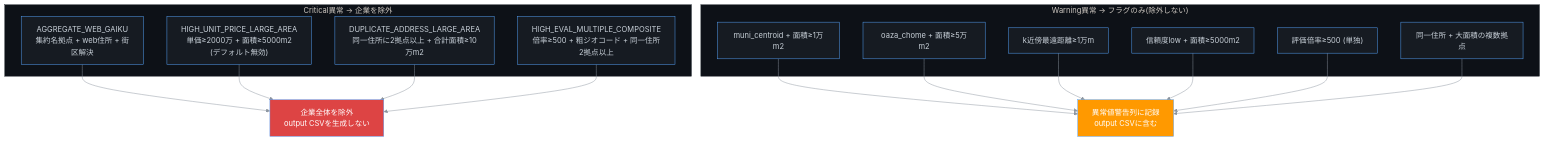
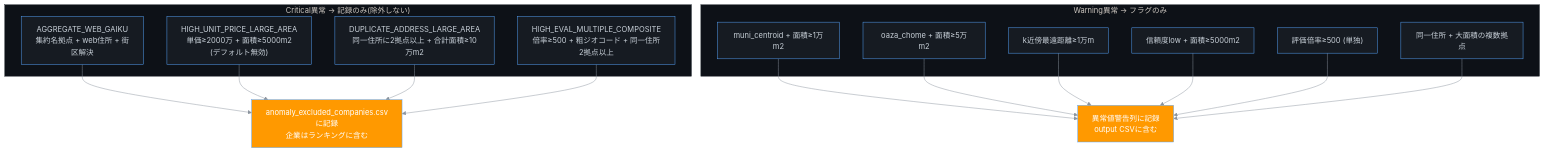
One commit to expgolemclone/land_value_research changed the eighth of 12 diagrams in docs/ARCHITECTURE.md. Above: the diagram before and after it, drawn with Mermaid. The commit also changed other lines of this file and 5 other files, not shown here.

First line of the commit message:
Stop excluding companies with critical anomalies from ranking

````diff
--- a/docs/ARCHITECTURE.md
+++ b/docs/ARCHITECTURE.md
@@ -436,34 +429,34 @@
 ```mermaid
 %%{init: {"theme":"base","themeVariables":{"background":"#0d1117","primaryColor":"#161b22","primaryTextColor":"#c9d1d9","primaryBorderColor":"#58a6ff","secondaryColor":"#21262d","tertiaryColor":"#30363d","lineColor":"#8b949e","clusterBkg":"#0d1117","clusterBorder":"#30363d"}}}%%
 flowchart TD
-    subgraph CRITICAL["Critical異常 → 企業を除外"]
+    subgraph CRITICAL["Critical異常 → 記録のみ(除外しない)"]
         C1["AGGREGATE_WEB_GAIKU<br>集約名拠点 + web住所 + 街区解決"]
         C2["HIGH_UNIT_PRICE_LARGE_AREA<br>単価≥2000万 + 面積≥5000m2<br>(デフォルト無効)"]
         C3["DUPLICATE_ADDRESS_LARGE_AREA<br>同一住所に2拠点以上 + 合計面積≥10万m2"]
         C4["HIGH_EVAL_MULTIPLE_COMPOSITE<br>倍率≥500 + 粗ジオコード + 同一住所2拠点以上"]
     end
 
-    subgraph WARNING["Warning異常 → フラグのみ(除外しない)"]
+    subgraph WARNING["Warning異常 → フラグのみ"]
         W1["muni_centroid + 面積≥1万m2"]
         W2["oaza_chome + 面積≥5万m2"]
         W3["k近傍最遠距離≥1万m"]
         W4["信頼度low + 面積≥5000m2"]
         W5["評価倍率≥500 (単独)"]
         W6["同一住所 + 大面積の複数拠点"]
     end
 
-    C1 --> EXCLUDE["企業全体を除外<br>output CSVを生成しない"]
-    C2 --> EXCLUDE
-    C3 --> EXCLUDE
-    C4 --> EXCLUDE
+    C1 --> LOG["anomaly_excluded_companies.csvに記録<br>企業はランキングに含む"]
+    C2 --> LOG
+    C3 --> LOG
+    C4 --> LOG
 
     W1 --> FLAG["異常値警告列に記録<br>output CSVに含む"]
     W2 --> FLAG
     W3 --> FLAG
     W4 --> FLAG
     W5 --> FLAG
     W6 --> FLAG
 
-    style EXCLUDE fill:#d44,color:#fff
+    style LOG fill:#f90,color:#fff
     style FLAG fill:#f90,color:#fff
 ```
````
